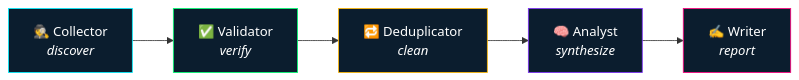
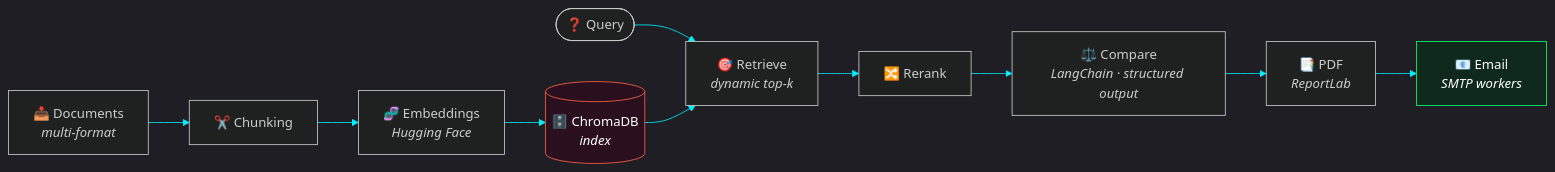
Before and after one commit to Joyboy1492025/Joyboy1492025: the seventh of 10 diagrams in README.md, drawn with Mermaid. The commit also changed other lines of this file, not shown here.

````diff
--- a/README.md
+++ b/README.md
@@ -108,12 +319,15 @@
 ```mermaid
+%%{init: {'theme':'dark','themeVariables':{'primaryColor':'#0b1d2e','primaryTextColor':'#ffffff','lineColor':'#00f0ff'}}}%%
 flowchart LR
-    A["🕵️ Collector<br/><i>discover</i>"] --> B["✅ Validator<br/><i>verify</i>"]
-    B --> C["🔁 Deduplicator<br/><i>clean</i>"]
-    C --> D["🧠 Analyst<br/><i>synthesize</i>"]
-    D --> E["✍️ Writer<br/><i>report</i>"]
-    style A fill:#0b1d2e,stroke:#00f0ff,color:#fff
-    style B fill:#0b1d2e,stroke:#00ff73,color:#fff
-    style C fill:#0b1d2e,stroke:#ffb800,color:#fff
-    style D fill:#0b1d2e,stroke:#7b2ff7,color:#fff
-    style E fill:#0b1d2e,stroke:#ff007f,color:#fff
+    A["📥 Documents<br/><i>multi-format</i>"] --> B["✂️ Chunking"]
+    B --> C["🧬 Embeddings<br/><i>Hugging Face</i>"]
+    C --> D[("🗄️ ChromaDB<br/><i>index</i>")]
+    Q(["❓ Query"]) --> E["🎯 Retrieve<br/><i>dynamic top-k</i>"]
+    D --> E
+    E --> F["🔀 Rerank"]
+    F --> G["⚖️ Compare<br/><i>LangChain · structured output</i>"]
+    G --> H["📑 PDF<br/><i>ReportLab</i>"]
+    H --> I["📧 Email<br/><i>SMTP workers</i>"]
+    style D fill:#2a0f1f,stroke:#ff6446,color:#fff
+    style I fill:#0f2a1c,stroke:#00ff73,color:#fff
 ```
````
